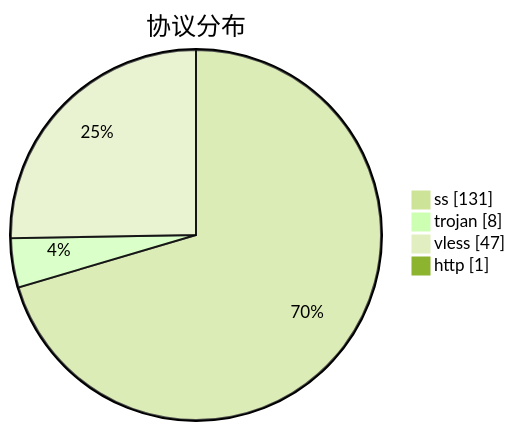
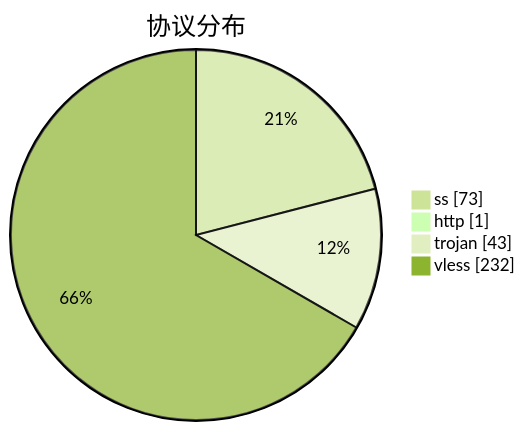
The third of 3 diagrams in subs/statistics/tested_within.md (qjlxg/airport), drawn with Mermaid (forest theme) before and after one commit. The commit also changed other lines of this file and 2 other files, not shown here.

````diff
--- a/subs/statistics/tested_within.md
+++ b/subs/statistics/tested_within.md
@@ -17,8 +21,8 @@
 ```mermaid
 pie showData
 title 协议分布
-"ss" : 131
-"trojan" : 8
-"vless" : 47
+"ss" : 73
 "http" : 1
+"trojan" : 43
+"vless" : 232
 ```
````
